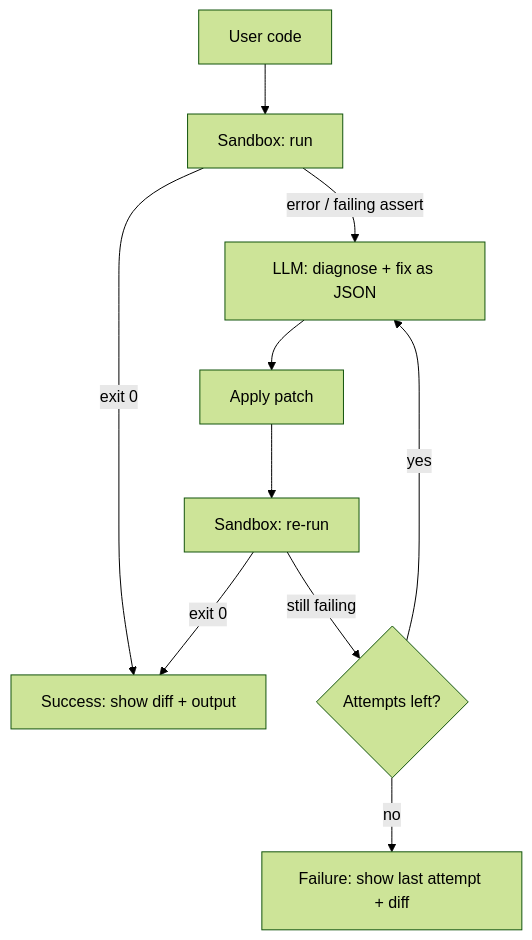
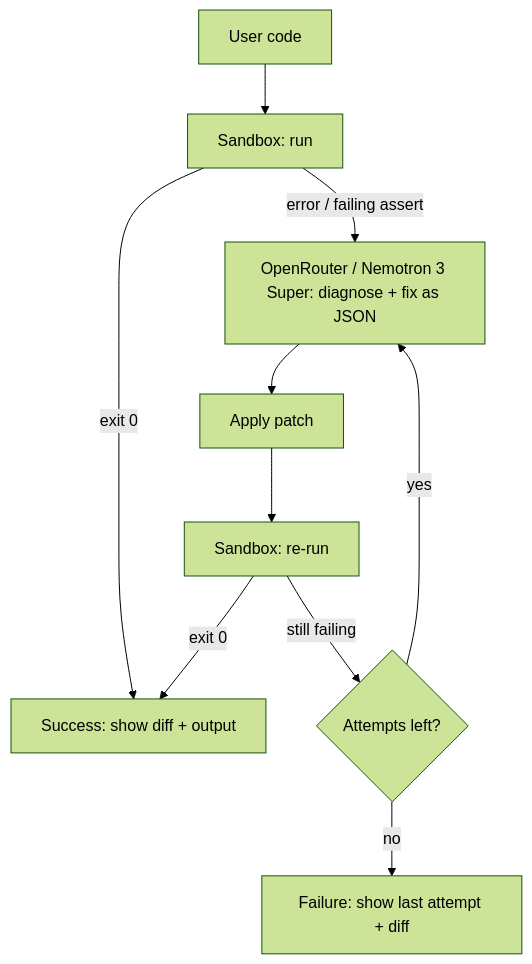
Before and after one commit to le-Affan/patch-pilot: the diagram in README.md, drawn with Mermaid (forest theme). The commit also changed other lines of this file, not shown here.

````diff
--- a/README.md
+++ b/README.md
@@ -15,12 +15,12 @@
 ```mermaid
 flowchart TD
     A[User code] --> B[Sandbox: run]
     B -->|exit 0| G[Success: show diff + output]
-    B -->|error / failing assert| C[LLM: diagnose + fix as JSON]
+    B -->|error / failing assert| C[OpenRouter / Nemotron 3 Super: diagnose + fix as JSON]
     C --> D[Apply patch]
     D --> E[Sandbox: re-run]
     E -->|exit 0| G
     E -->|still failing| F{Attempts left?}
     F -->|yes| C
     F -->|no| H[Failure: show last attempt + diff]
 ```
````
